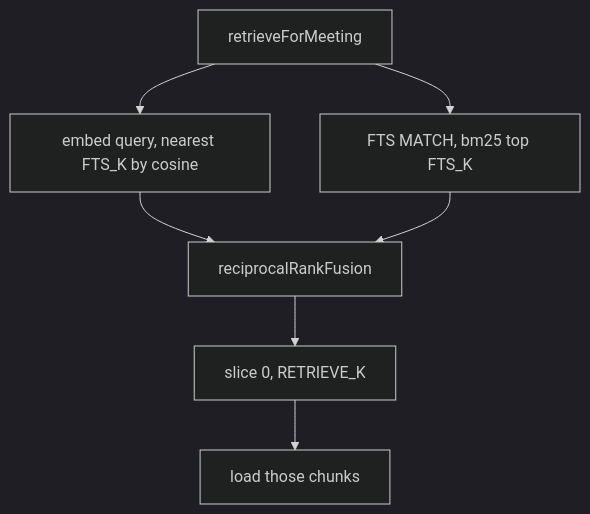
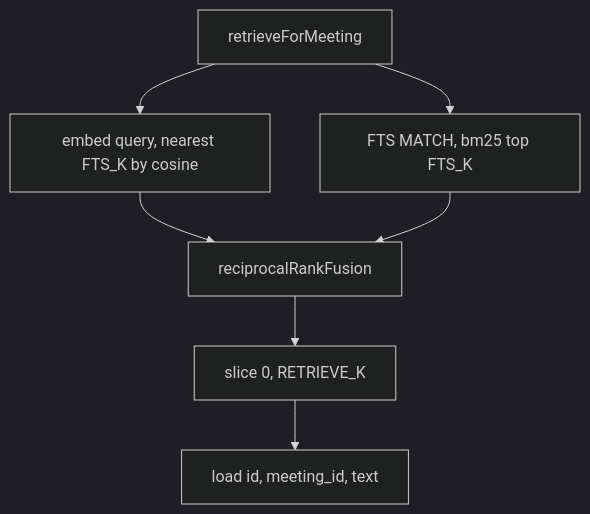
Before and after one commit to adamrefaey/meeting-intelligence: the second of 4 diagrams in docs/flows/retrieval.md, drawn with Mermaid (dark theme). The commit also changed other lines of this file and 13 other files, not shown here.

````diff
--- a/docs/flows/retrieval.md
+++ b/docs/flows/retrieval.md
@@ -38,14 +38,14 @@
 ```mermaid
 flowchart TD
   start["retrieveForMeeting"]
   vec["embed query, nearest FTS_K by cosine"]
   lex["FTS MATCH, bm25 top FTS_K"]
   rrf["reciprocalRankFusion"]
   top["slice 0, RETRIEVE_K"]
-  load["load those chunks"]
+  load["load id, meeting_id, text"]
 
   start --> vec
   start --> lex
   vec --> rrf
   lex --> rrf --> top --> load
 ```
````
